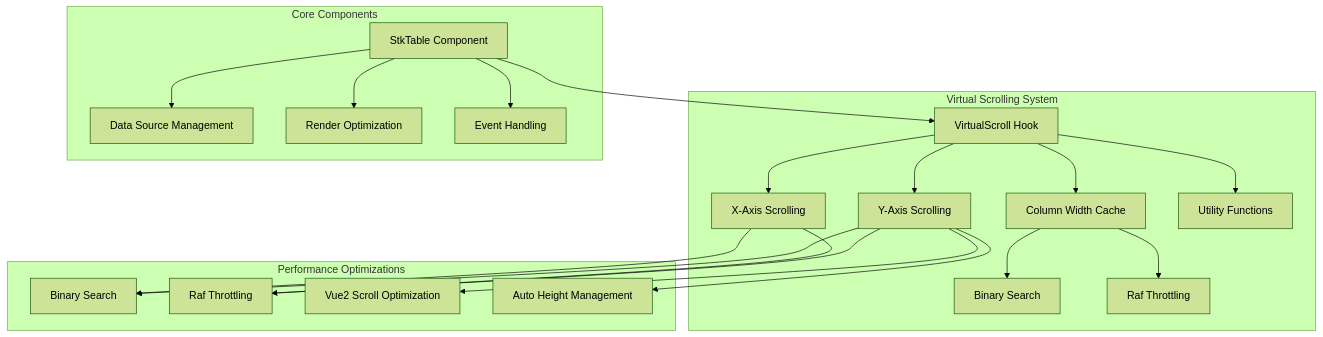
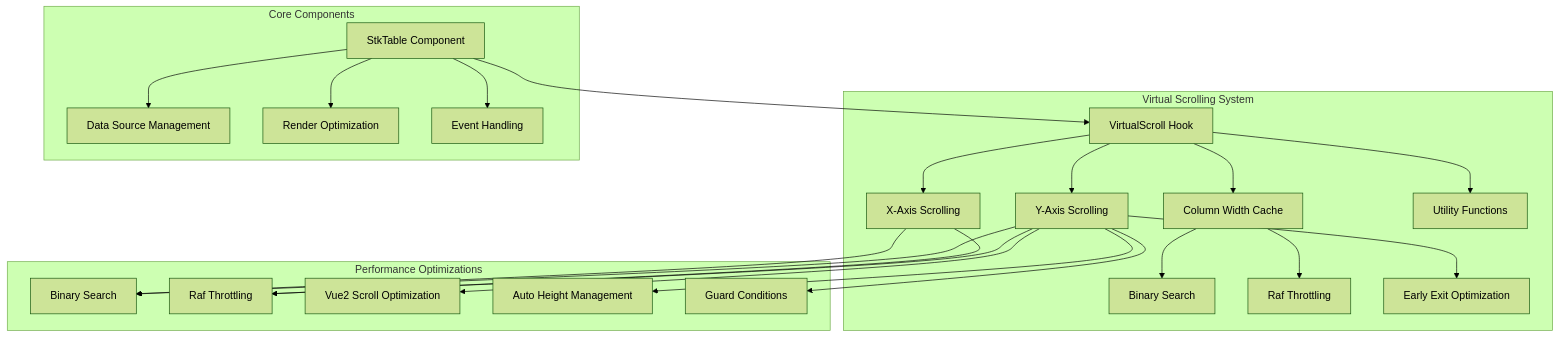
Before and after one commit to ja-plus/stk-table-vue: the first of 8 diagrams in .qoder/repowiki/en/content/Performance Optimization/Virtual Scrolling Performance Optimization.md, drawn with Mermaid (forest theme). The commit also changed other lines of this file and 5 other files, not shown here.

````diff
--- a/.qoder/repowiki/en/content/Performance Optimization/Virtual Scrolling Performance Optimization.md
+++ b/.qoder/repowiki/en/content/Performance Optimization/Virtual Scrolling Performance Optimization.md
@@ -51,40 +54,44 @@
 ```mermaid
 graph TB
 subgraph "Virtual Scrolling System"
 VS[VirtualScroll Hook]
 YScroll[Y-Axis Scrolling]
 XScroll[X-Axis Scrolling]
 Cache[Column Width Cache]
 Utils[Utility Functions]
 BinSearch[Binary Search]
 RafThrottle[Raf Throttling]
+EarlyExit[Early Exit Optimization]
 end
 subgraph "Core Components"
 Table[StkTable Component]
 DataSource[Data Source Management]
 Render[Render Optimization]
 Events[Event Handling]
 end
 subgraph "Performance Optimizations"
 Binary[Binary Search]
 Throttle[Raf Throttling]
 Vue2[Vue2 Scroll Optimization]
 AutoHeight[Auto Height Management]
+Guard[Guard Conditions]
 end
 VS --> YScroll
 VS --> XScroll
 VS --> Cache
 VS --> Utils
 Table --> VS
 Table --> DataSource
 Table --> Render
 Table --> Events
 YScroll --> Binary
 XScroll --> Binary
 YScroll --> Throttle
 XScroll --> Throttle
 YScroll --> Vue2
 YScroll --> AutoHeight
+YScroll --> EarlyExit
+YScroll --> Guard
 Cache --> BinSearch
 Cache --> RafThrottle
 ```
````
